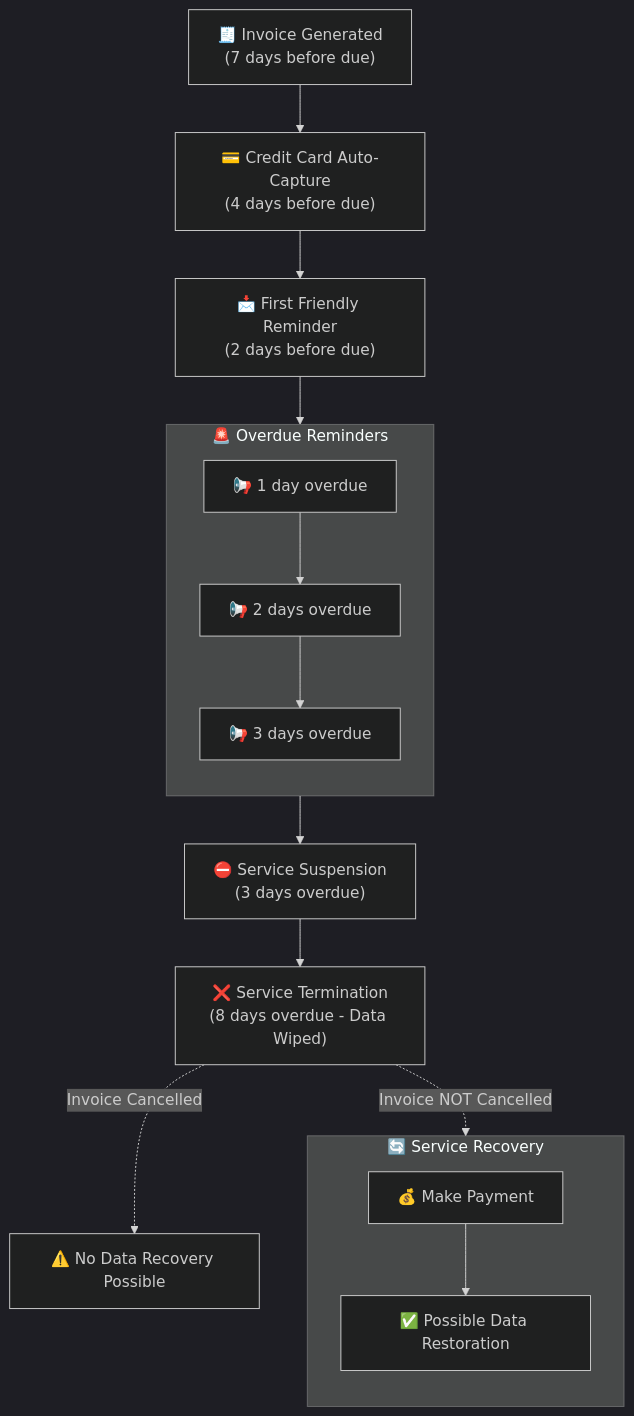
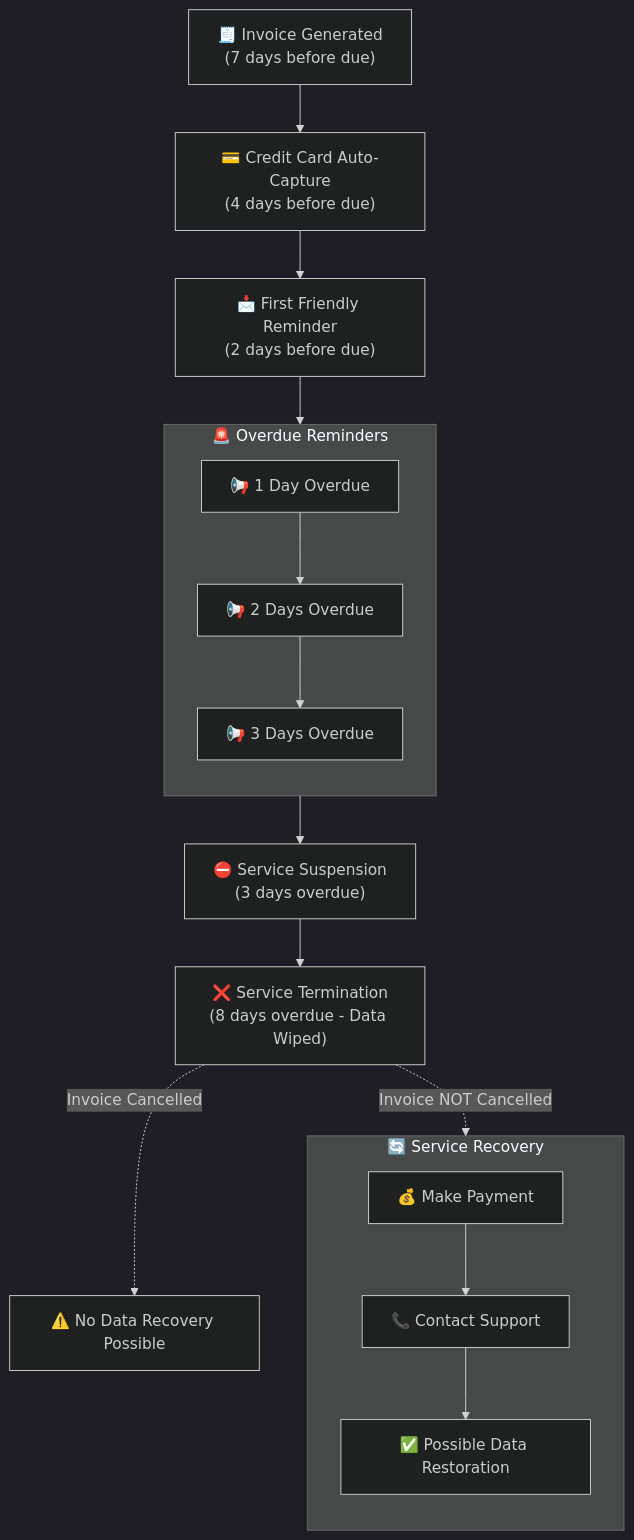
The diagram in faq/billing-lifecycle/automated-vps-billing-workflow.mdx (gExPl0ReR/docs), drawn with Mermaid (dark theme) before and after one commit.

Commit message:
Documentation edits made through Mintlify web editor

````diff
--- a/faq/billing-lifecycle/automated-vps-billing-workflow.mdx
+++ b/faq/billing-lifecycle/automated-vps-billing-workflow.mdx
@@ -13,25 +13,26 @@
 ```mermaid
 flowchart TD
     A["🧾 Invoice Generated<br>(7 days before due)"] --> B["💳 Credit Card Auto-Capture<br>(4 days before due)"]
     B --> C["📩 First Friendly Reminder<br>(2 days before due)"]
     
-    subgraph "🚨 Overdue Reminders"
+    subgraph overdue["🚨 Overdue Reminders"]
         direction TB
-        C1["📢 1 day overdue"]
-        C2["📢 2 days overdue"]
-        C3["📢 3 days overdue"]
+        C1["📢 1 Day Overdue"]
+        C2["📢 2 Days Overdue"]
+        C3["📢 3 Days Overdue"]
     end
     C --> C1 --> C2 --> C3
-    
+
     C3 --> D["⛔ Service Suspension<br>(3 days overdue)"]
     D --> E["❌ Service Termination<br>(8 days overdue - Data Wiped)"]
 
-    subgraph "🔄 Service Recovery"
+    subgraph recovery["🔄 Service Recovery"]
         direction TB
         R1["💰 Make Payment"]
         R2["📞 Contact Support"]
+        R3["✅ Possible Data Restoration"]
     end
 
-    E -.->|Invoice NOT Cancelled| R1 --> R2["✅ Possible Data Restoration"]
+    E -.->|Invoice NOT Cancelled| R1 --> R2 --> R3
     E -.->|Invoice Cancelled| X["⚠️ No Data Recovery Possible"]
 ```
````
